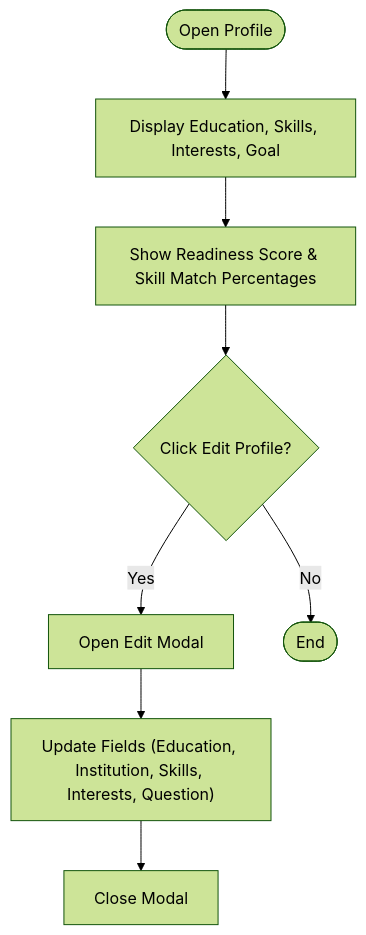
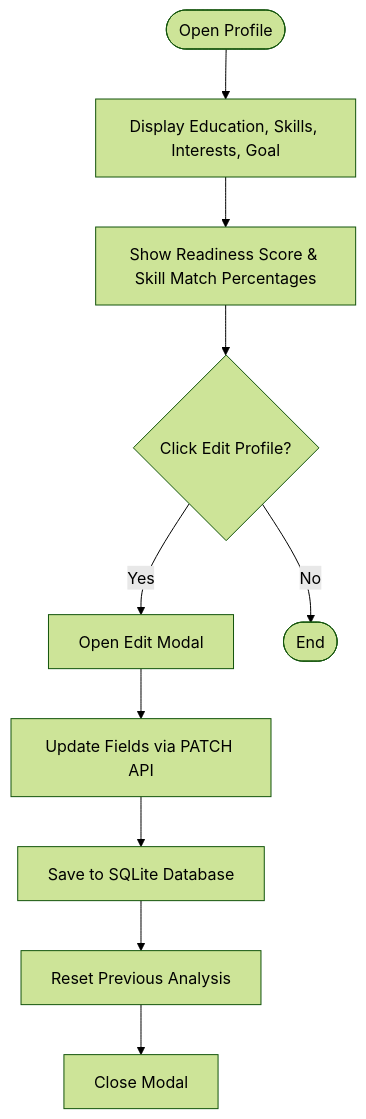
The third of 9 diagrams in .qoder/repowiki/en/content/Core Features/Core Features.md (Alishba-Moin/CareerCompass), drawn with Mermaid (forest theme) before and after one commit. The commit also changed other lines of this file and 38 other files, not shown here.

Commit message:
Add Roadmap pdf download option

````diff
--- a/.qoder/repowiki/en/content/Core Features/Core Features.md
+++ b/.qoder/repowiki/en/content/Core Features/Core Features.md
@@ -103,10 +127,12 @@
 ```mermaid
 flowchart TD
 Start(["Open Profile"]) --> ViewData["Display Education, Skills, Interests, Goal"]
 ViewData --> Stats["Show Readiness Score & Skill Match Percentages"]
 Stats --> Edit{"Click Edit Profile?"}
 Edit --> |Yes| OpenModal["Open Edit Modal"]
-OpenModal --> UpdateFields["Update Fields (Education, Institution, Skills, Interests, Question)"]
-UpdateFields --> CloseModal["Close Modal"]
+OpenModal --> UpdateFields["Update Fields via PATCH API"]
+UpdateFields --> Persist["Save to SQLite Database"]
+Persist --> ResetAnalysis["Reset Previous Analysis"]
+ResetAnalysis --> CloseModal["Close Modal"]
 Edit --> |No| End(["End"])
 ```
````
